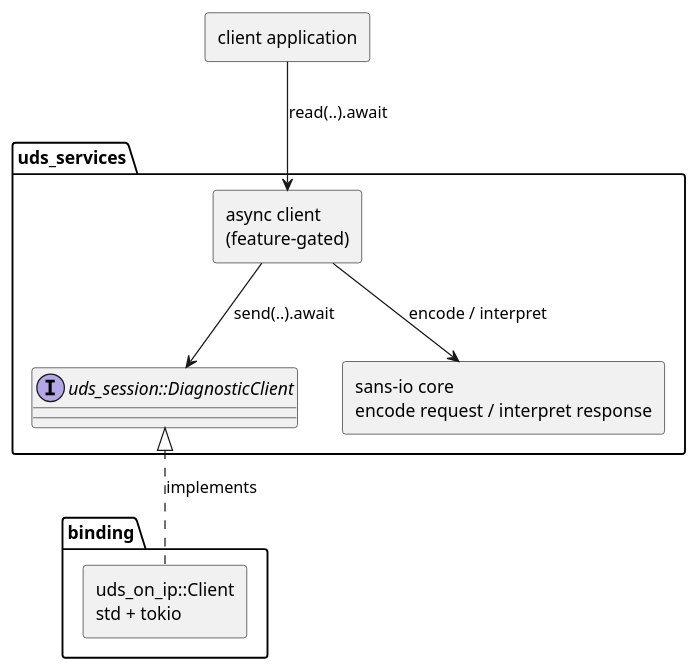
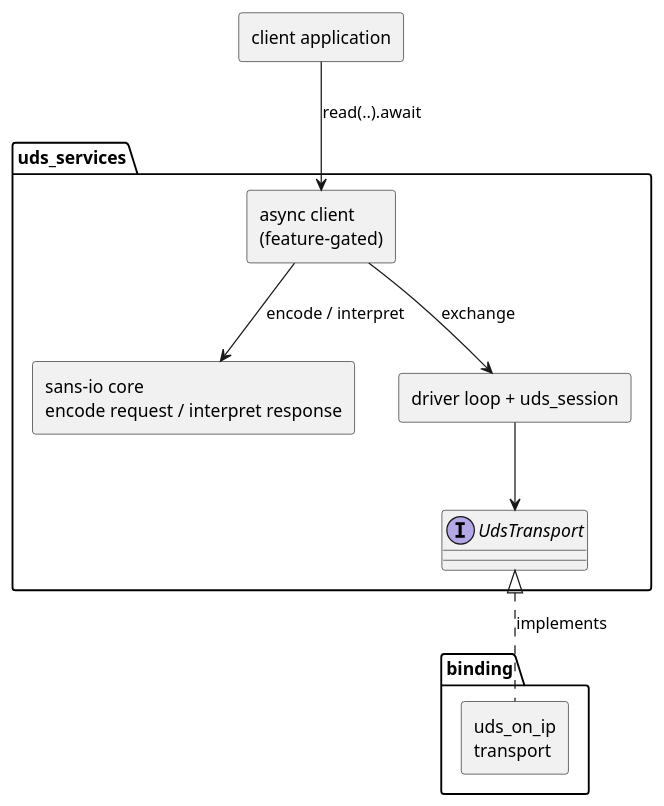
One commit to luminartech/uds_stack changed the second of 2 diagrams in crates/uds_services/docs/architecture/client-surface.rst. Above: the diagram before and after it, drawn with PlantUML. The commit also changed other lines of this file and 2 other files, not shown here.

```diff
--- a/crates/uds_services/docs/architecture/client-surface.rst
+++ b/crates/uds_services/docs/architecture/client-surface.rst
@@ -241,25 +241,27 @@
 .. uml::
    :align: center
    :caption: The two layers. Everything below the dashed line is asynchronous already;
              the core above it is not, and does not need to be.
 
    @startuml
    allowmixing
 
    rectangle "client application" as APP
 
    package "uds_services" {
      rectangle "async client\n(feature-gated)" as ASYNC
      rectangle "sans-io core\nencode request / interpret response" as CORE
-     interface "uds_session::DiagnosticClient" as TR
+     rectangle "driver loop + uds_session" as DRV
+     interface "UdsTransport" as TR
    }
 
    package "binding" {
-     rectangle "uds_on_ip::Client\nstd + tokio" as BIND
+     rectangle "uds_on_ip\ntransport" as BIND
    }
 
    APP -down-> ASYNC : read(..).await
    ASYNC -down-> CORE : encode / interpret
-   ASYNC -down-> TR : send(..).await
+   ASYNC -down-> DRV : exchange
+   DRV -down-> TR
    BIND .up.|> TR : implements
    @enduml
```
